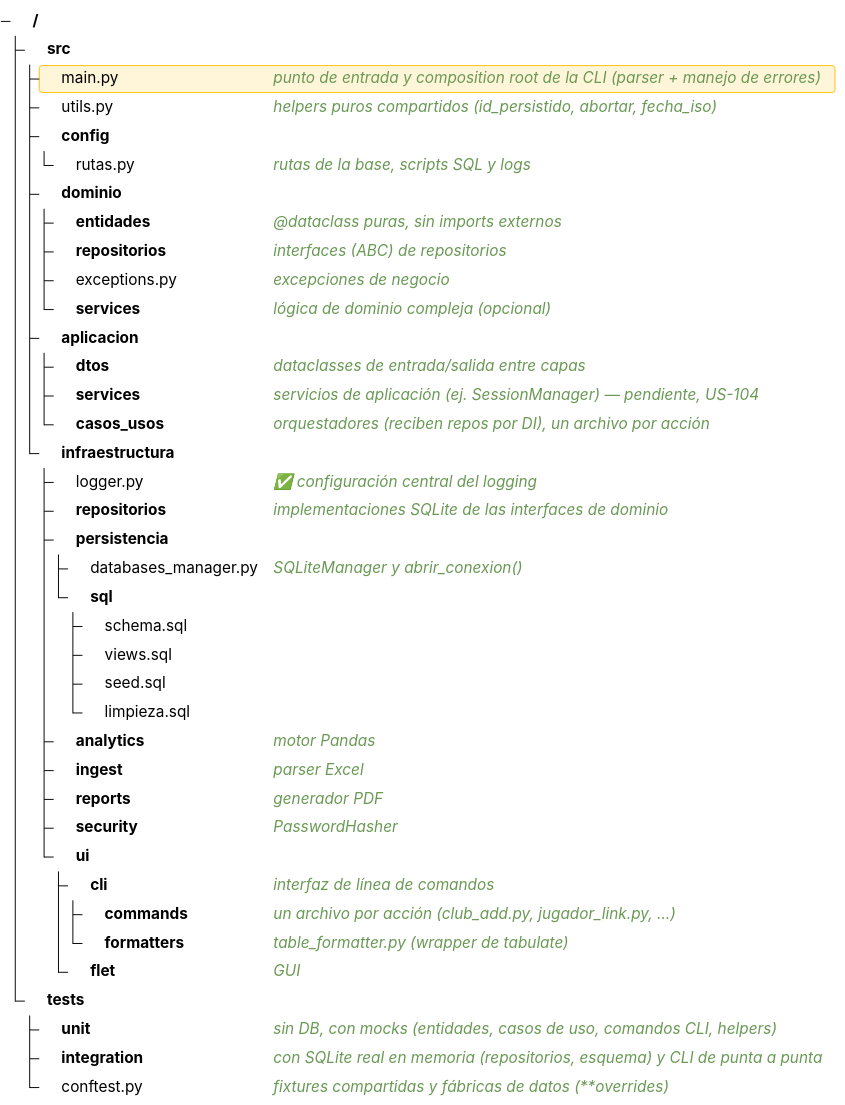
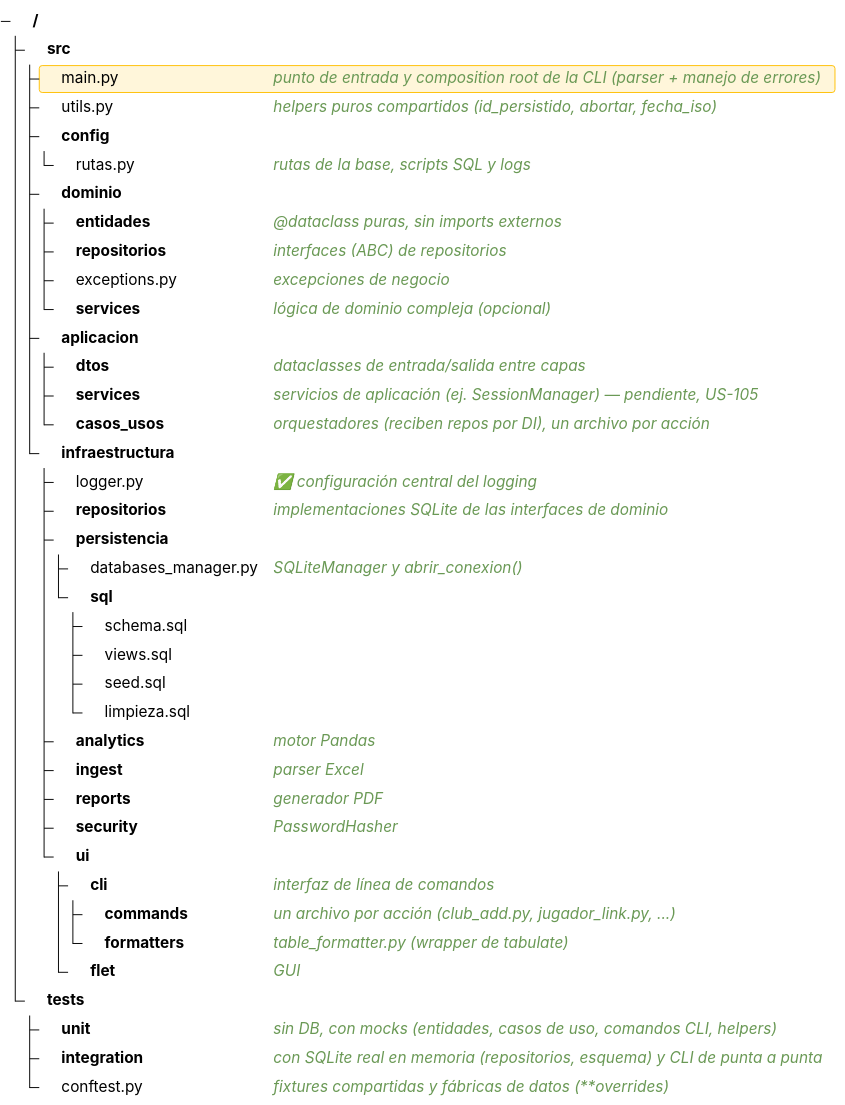
The first of 2 diagrams in docs/plan_desarrollo_detallado.md (nicopinera/app_estadisticas), drawn with Mermaid before and after one commit. The commit also changed other lines of this file and 10 other files, not shown here.

````diff
--- a/docs/plan_desarrollo_detallado.md
+++ b/docs/plan_desarrollo_detallado.md
@@ -185,45 +185,45 @@
 ```mermaid
 ---
 config:
   treeView:
     showIcons: true
 ---
 treeView-beta
   src/
     main.py :::highlight icon(logos:python) ## punto de entrada y composition root de la CLI (parser + manejo de errores)
     utils.py ## helpers puros compartidos (id_persistido, abortar, fecha_iso)
     config/
       rutas.py ## rutas de la base, scripts SQL y logs
     dominio/
       entidades/ ## @dataclass puras, sin imports externos
       repositorios/ ## interfaces (ABC) de repositorios
       exceptions.py ## excepciones de negocio
       services/ ## lógica de dominio compleja (opcional)
     aplicacion/
       dtos/ ## dataclasses de entrada/salida entre capas
-      services/ ## servicios de aplicación (ej. SessionManager) — pendiente, US-104
+      services/ ## servicios de aplicación (ej. SessionManager) — pendiente, US-105
       casos_usos/ ## orquestadores (reciben repos por DI), un archivo por acción
     infraestructura/
       logger.py ## ✅ configuración central del logging
       repositorios/ ## implementaciones SQLite de las interfaces de dominio
       persistencia/
         databases_manager.py ## SQLiteManager y abrir_conexion()
         sql/
           schema.sql
           views.sql
           seed.sql
           limpieza.sql
       analytics/ ## motor Pandas
       ingest/ ## parser Excel
       reports/ ## generador PDF
       security/ ## PasswordHasher
       ui/
         cli/ ## interfaz de línea de comandos
           commands/ ## un archivo por acción (club_add.py, jugador_link.py, ...)
           formatters/ ## table_formatter.py (wrapper de tabulate)
         flet/ ## GUI
 tests/
   unit/ ## sin DB, con mocks (entidades, casos de uso, comandos CLI, helpers)
   integration/ ## con SQLite real en memoria (repositorios, esquema) y CLI de punta a punta
   conftest.py ## fixtures compartidas y fábricas de datos (**overrides)
 ```
````
